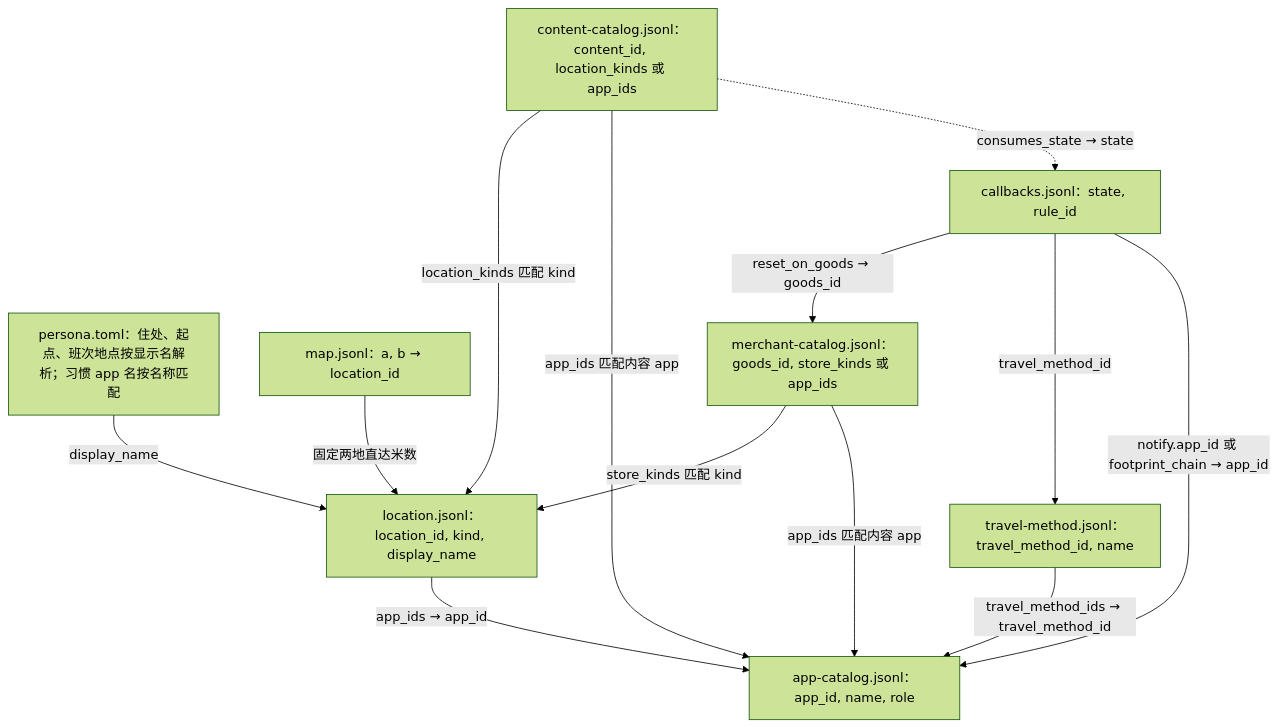
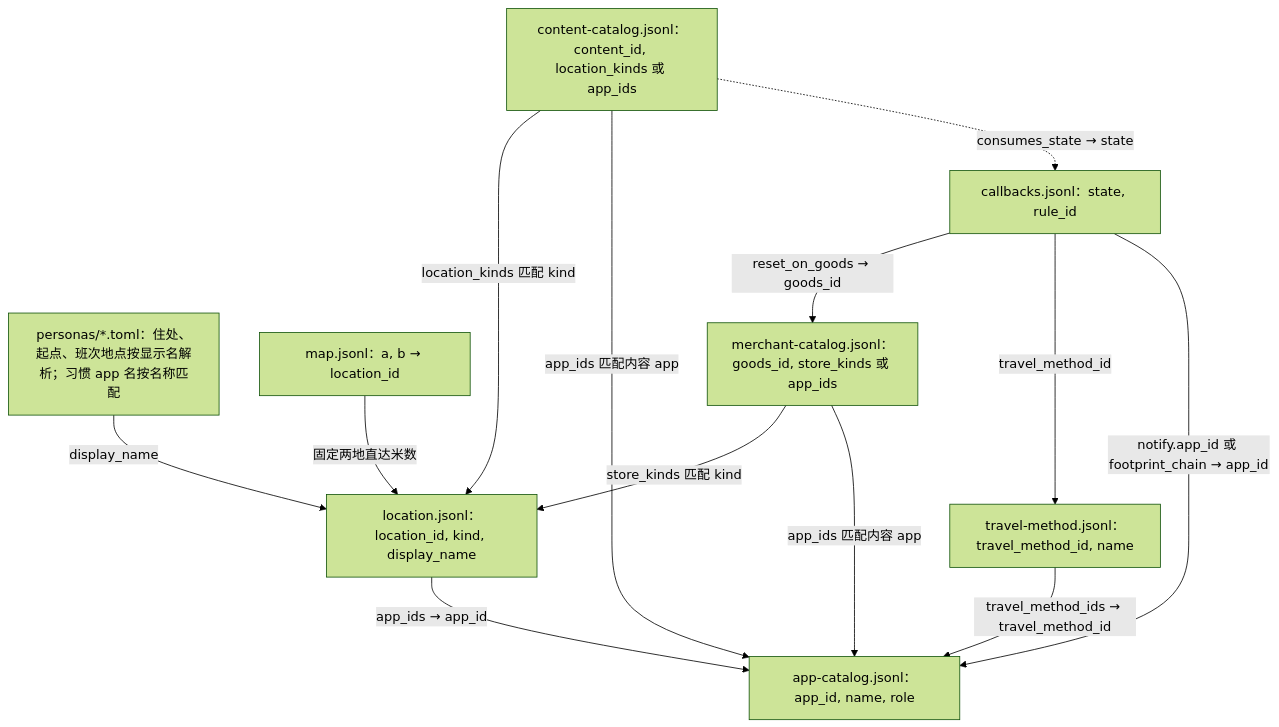
One commit to HoldThatThgt/WorldMock changed the second of 7 diagrams in docs/manual/resources.md. Above: the diagram before and after it, drawn with Mermaid (forest theme). The commit also changed other lines of this file and 19 other files, not shown here.

````diff
--- a/docs/manual/resources.md
+++ b/docs/manual/resources.md
@@ -52,15 +52,15 @@
 ```mermaid
 flowchart TD
-    Persona["persona.toml：住处、起点、班次地点按显示名解析；习惯 app 名按名称匹配"] -->|"display_name"| Loc["location.jsonl：location_id, kind, display_name"]
+    Persona["personas/*.toml：住处、起点、班次地点按显示名解析；习惯 app 名按名称匹配"] -->|"display_name"| Loc["location.jsonl：location_id, kind, display_name"]
     Loc -->|"app_ids → app_id"| App["app-catalog.jsonl：app_id, name, role"]
     Map["map.jsonl：a, b → location_id"] -->|"固定两地直达米数"| Loc
     Travel["travel-method.jsonl：travel_method_id, name"] -->|"travel_method_ids → travel_method_id"| App
     Goods["merchant-catalog.jsonl：goods_id, store_kinds 或 app_ids"] -->|"store_kinds 匹配 kind"| Loc
     Goods -->|"app_ids 匹配内容 app"| App
     Content["content-catalog.jsonl：content_id, location_kinds 或 app_ids"] -->|"location_kinds 匹配 kind"| Loc
     Content -->|"app_ids 匹配内容 app"| App
     Callbacks["callbacks.jsonl：state, rule_id"] -->|"reset_on_goods → goods_id"| Goods
     Callbacks -->|"travel_method_id"| Travel
     Callbacks -->|"notify.app_id 或 footprint_chain → app_id"| App
     Content -.->|"consumes_state → state"| Callbacks
 ```
````
